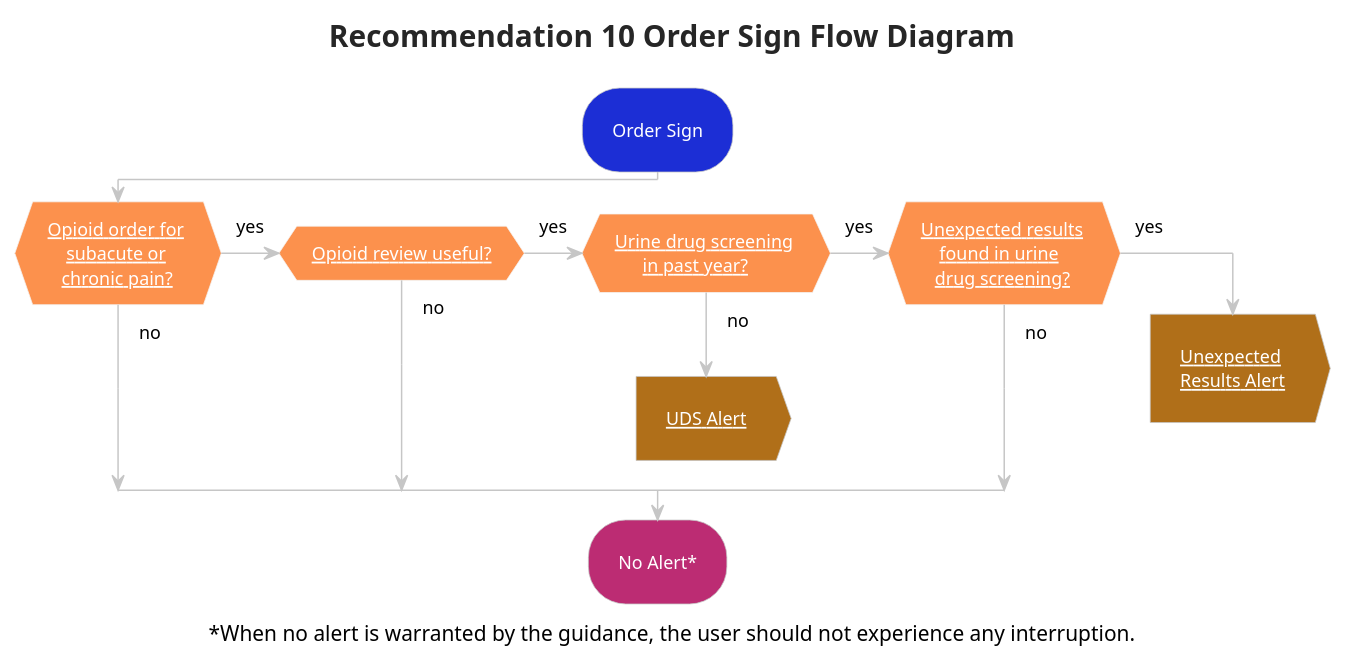
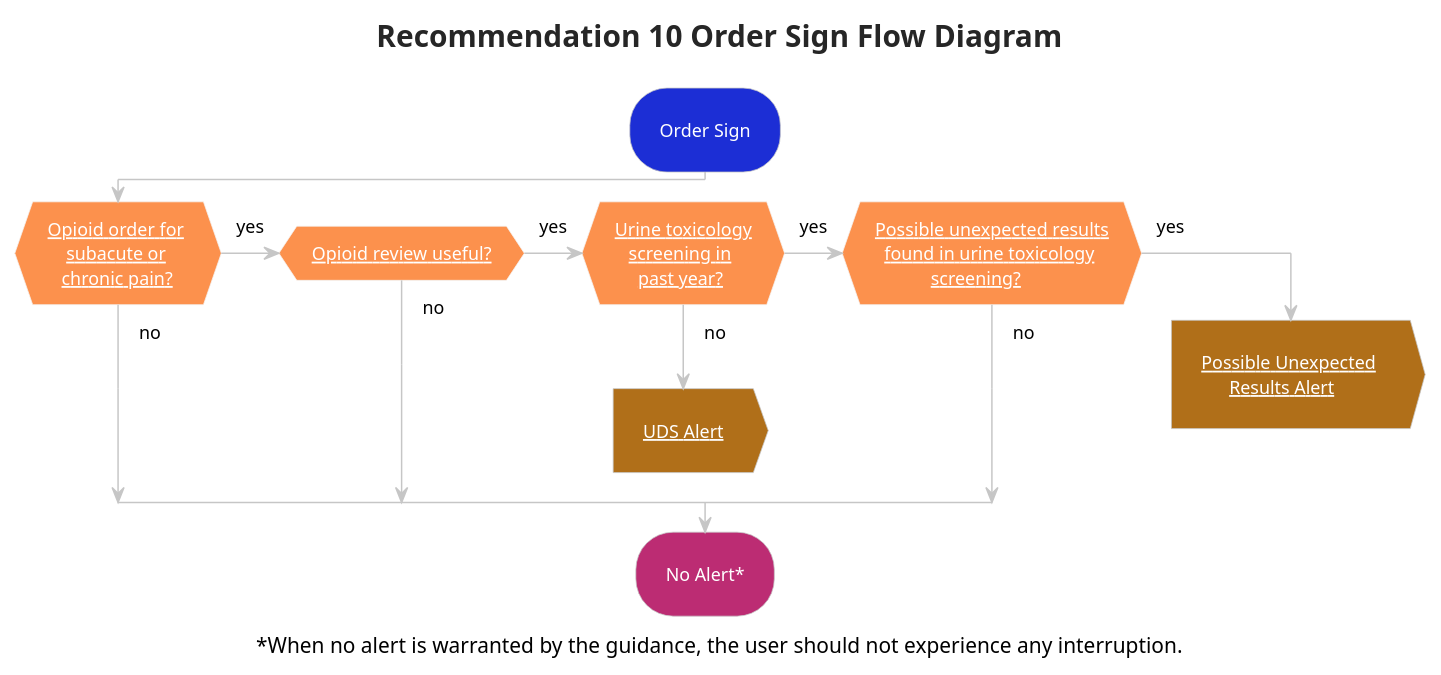
Before and after one commit to cqframework/opioid-cds-r4: the diagram in input/images-source/flow_rec10_ordersign.plantuml, drawn with PlantUML. The commit also changed 8 other files, not shown here.

```diff
--- a/input/images-source/flow_rec10_ordersign.plantuml
+++ b/input/images-source/flow_rec10_ordersign.plantuml
@@ -1,30 +1,30 @@
 @startuml flow_rec10_ordersign
 !theme carbon-gray
 skinparam hyperlinkColor white
 <style>
 activityDiagram {
  FontColor white
  RoundCorner 50
  arrow {
   FontColor: Black
  }
  diamond {
   BackgroundColor #fc914d
  }
 }
 </style>
 title Recommendation 10 Order Sign Flow Diagram
 #1C2ED5:Order Sign; 
 if ([[subroutines.html#for-subacute-or-chronic-pain Opioid order for \n    subacute or \n   chronic pain?]]) then (no)
 (yes) elseif ([[subroutines.html#opioid-review-useful Opioid review useful?]]) then (no)
-(yes) elseif ([[subroutines.html#recommendation-10-urine-drug-screening Urine drug screening \n      in past year?]]) then (no) 
+(yes) elseif ([[subroutines.html#recommendation-10-urine-drug-screening Urine toxicology\n   screening in\n     past year?]]) then (no) 
 #b06f19:[[user-interaction-alerts.html#recommendation-10-uds-alert UDS Alert]];<<output>> 
 kill
-(yes) elseif ([[subroutines.html#recommendation-10-unexpected-results Unexpected results \n    found in urine \n   drug screening?]]) then (no) 
+(yes) elseif ([[subroutines.html#recommendation-10-possible-unexpected-results Possible unexpected results\n  found in urine toxicology\n            screening?]]) then (no) 
 else (yes) 
-#b06f19:[[user-interaction-alerts.html#recommendation-10-unexpected-results-alert Unexpected \nResults Alert]];<<output>>
+#b06f19:[[user-interaction-alerts.html#recommendation-10-possible-unexpected-results-alert Possible Unexpected \n      Results Alert]];<<output>>
 kill
 endif
 #BC2C73:No Alert*;
 caption ~*When no alert is warranted by the guidance, the user should not experience any interruption.
 @enduml
```
